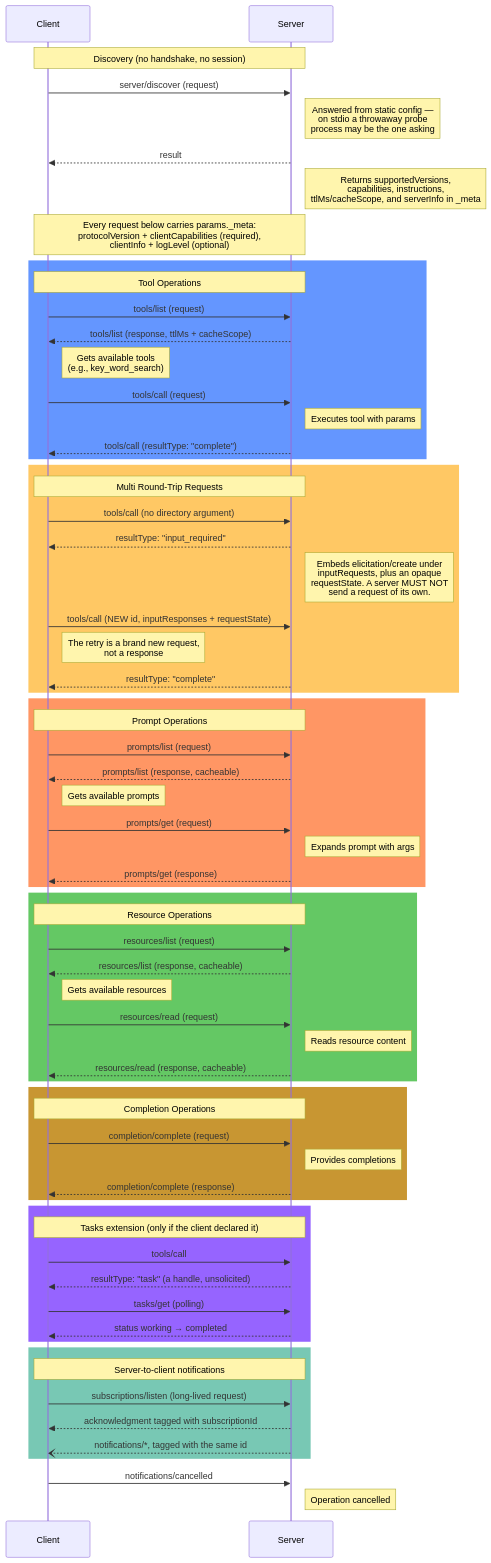
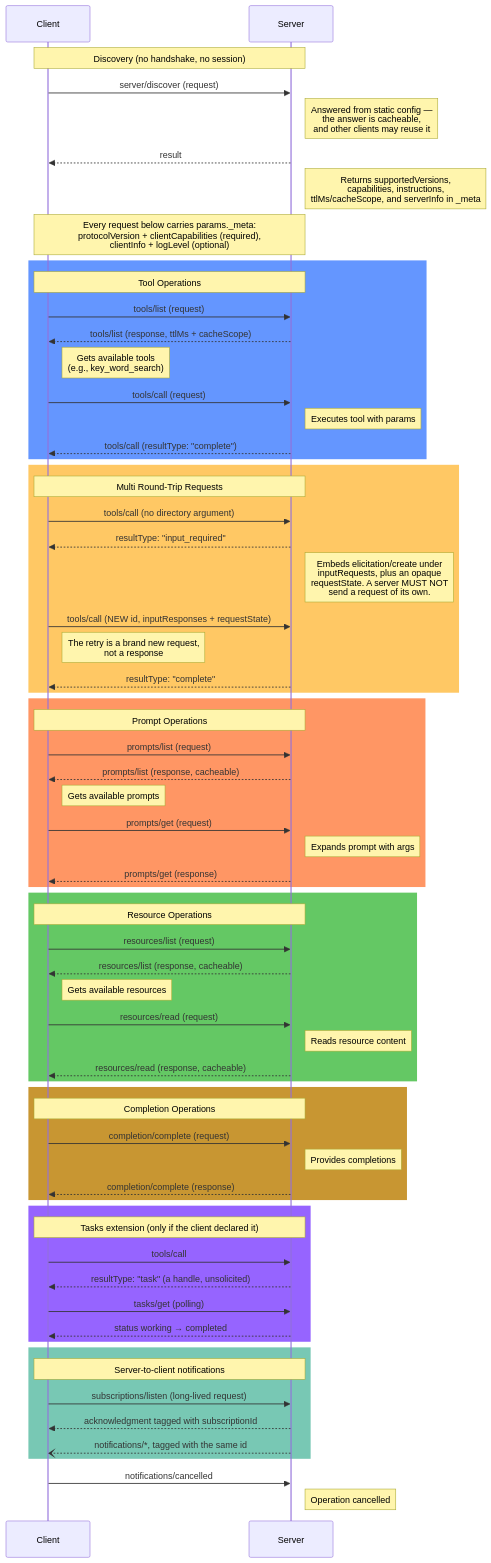
The diagram in mcp-message-flow.md (David-Parry/agent-mcp-workshop), drawn with Mermaid before and after one commit. The commit also changed 12 other files, not shown here.

````diff
--- a/mcp-message-flow.md
+++ b/mcp-message-flow.md
@@ -5,81 +5,81 @@
 ```mermaid
 sequenceDiagram
     participant Client
     participant Server
 
     Note over Client,Server: Discovery (no handshake, no session)
     Client->>Server: server/discover (request)
-    Note right of Server: Answered from static config —<br/>on stdio a throwaway probe<br/>process may be the one asking
+    Note right of Server: Answered from static config —<br/>the answer is cacheable,<br/>and other clients may reuse it
     Server-->>Client: result
     Note right of Server: Returns supportedVersions,<br/>capabilities, instructions,<br/>ttlMs/cacheScope, and serverInfo in _meta
 
     Note over Client,Server: Every request below carries params._meta:<br/>protocolVersion + clientCapabilities (required),<br/>clientInfo + logLevel (optional)
 
     rect rgb(100, 150, 255)
         Note over Client,Server: Tool Operations
         Client->>Server: tools/list (request)
         Server-->>Client: tools/list (response, ttlMs + cacheScope)
         Note right of Client: Gets available tools<br/>(e.g., key_word_search)
 
         Client->>Server: tools/call (request)
         Note right of Server: Executes tool with params
         Server-->>Client: tools/call (resultType: "complete")
     end
 
     rect rgb(255, 200, 100)
         Note over Client,Server: Multi Round-Trip Requests
         Client->>Server: tools/call (no directory argument)
         Server-->>Client: resultType: "input_required"
         Note right of Server: Embeds elicitation/create under<br/>inputRequests, plus an opaque<br/>requestState. A server MUST NOT<br/>send a request of its own.
         Client->>Server: tools/call (NEW id, inputResponses + requestState)
         Note right of Client: The retry is a brand new request,<br/>not a response
         Server-->>Client: resultType: "complete"
     end
 
     rect rgb(255, 150, 100)
         Note over Client,Server: Prompt Operations
         Client->>Server: prompts/list (request)
         Server-->>Client: prompts/list (response, cacheable)
         Note right of Client: Gets available prompts
 
         Client->>Server: prompts/get (request)
         Note right of Server: Expands prompt with args
         Server-->>Client: prompts/get (response)
     end
 
     rect rgb(100, 200, 100)
         Note over Client,Server: Resource Operations
         Client->>Server: resources/list (request)
         Server-->>Client: resources/list (response, cacheable)
         Note right of Client: Gets available resources
 
         Client->>Server: resources/read (request)
         Note right of Server: Reads resource content
         Server-->>Client: resources/read (response, cacheable)
     end
 
     rect rgb(200, 150, 50)
         Note over Client,Server: Completion Operations
         Client->>Server: completion/complete (request)
         Note right of Server: Provides completions
         Server-->>Client: completion/complete (response)
     end
 
     rect rgb(150, 100, 255)
         Note over Client,Server: Tasks extension (only if the client declared it)
         Client->>Server: tools/call
         Server-->>Client: resultType: "task" (a handle, unsolicited)
         Client->>Server: tasks/get (polling)
         Server-->>Client: status working → completed
     end
 
     rect rgb(120, 200, 180)
         Note over Client,Server: Server-to-client notifications
         Client->>Server: subscriptions/listen (long-lived request)
         Server-->>Client: acknowledgment tagged with subscriptionId
         Server--)Client: notifications/*, tagged with the same id
     end
 
     Client->>Server: notifications/cancelled
     Note right of Server: Operation cancelled
 ```
````
